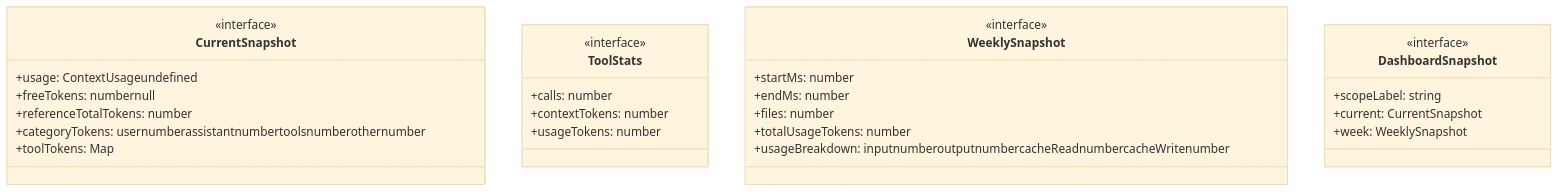
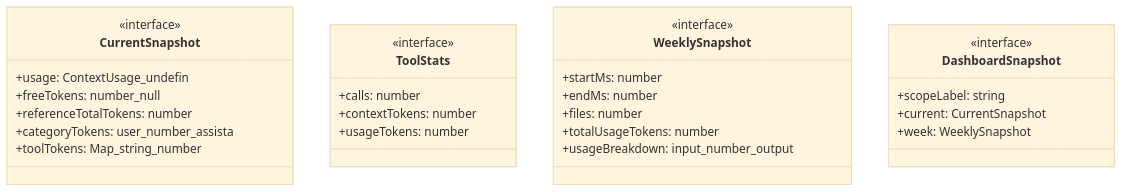
One commit to Mekann2904/mekann changed the first of 2 diagrams in ABDD/.pi/extensions/context-usage-dashboard.md. Above: the diagram before and after it, drawn with Mermaid (base theme). The commit also changed other lines of this file and 174 other files, not shown here.

First line of the commit message:
fix(docs): ABDDのMermaid図生成エラーを修正する

````diff
--- a/ABDD/.pi/extensions/context-usage-dashboard.md
+++ b/ABDD/.pi/extensions/context-usage-dashboard.md
@@ -36,31 +36,31 @@
 ```mermaid
 classDiagram
   class CurrentSnapshot {
     <<interface>>
-    +usage: ContextUsageundefined
-    +freeTokens: numbernull
+    +usage: ContextUsage_undefin
+    +freeTokens: number_null
     +referenceTotalTokens: number
-    +categoryTokens: usernumberassistantnumbertoolsnumberothernumber
-    +toolTokens: Map<stringnumber>
+    +categoryTokens: user_number_assista
+    +toolTokens: Map_string_number
   }
   class ToolStats {
     <<interface>>
     +calls: number
     +contextTokens: number
     +usageTokens: number
   }
   class WeeklySnapshot {
     <<interface>>
     +startMs: number
     +endMs: number
     +files: number
     +totalUsageTokens: number
-    +usageBreakdown: inputnumberoutputnumbercacheReadnumbercacheWritenumber
+    +usageBreakdown: input_number_output
   }
   class DashboardSnapshot {
     <<interface>>
     +scopeLabel: string
     +current: CurrentSnapshot
     +week: WeeklySnapshot
   }
 ```
````
